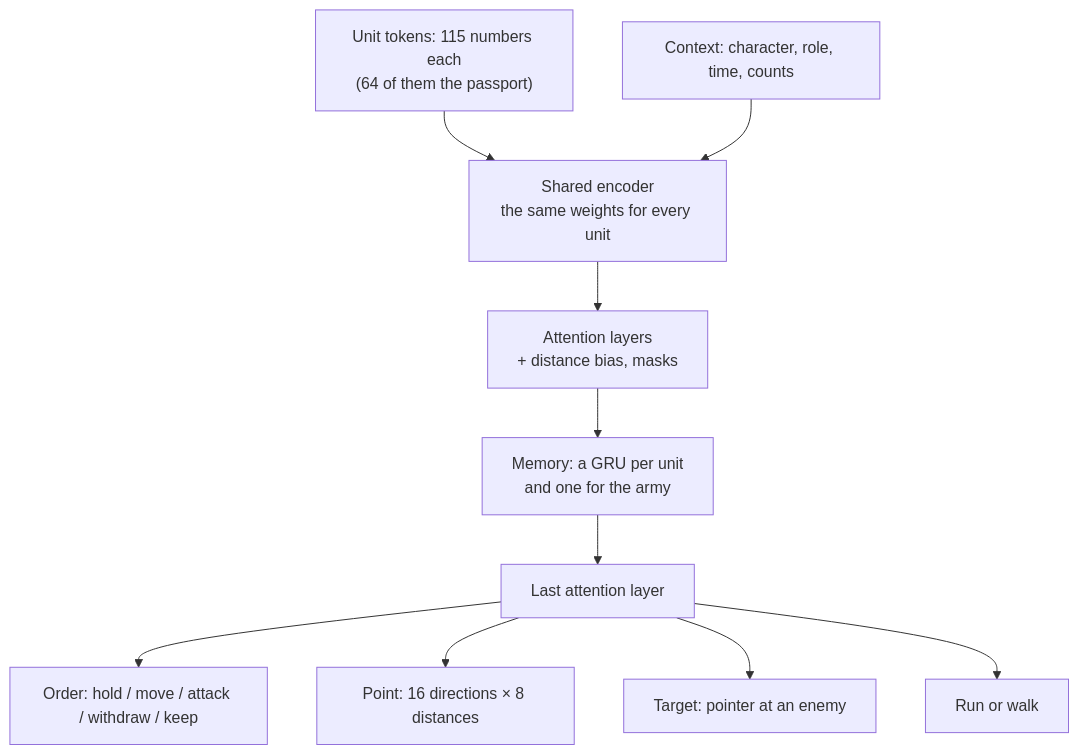
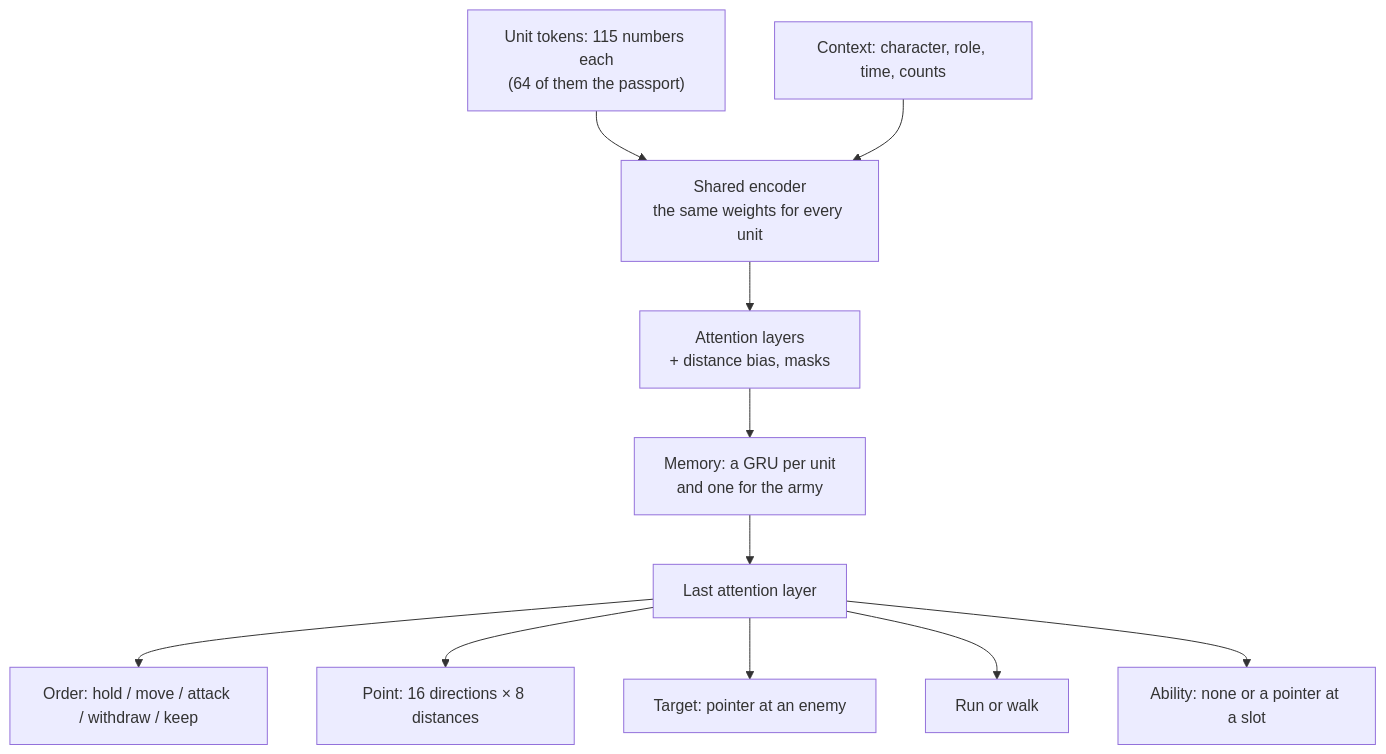
One commit to DimaZero7/TWW3-batle-ai changed the second of 2 diagrams in docs/en/training/model.md. Above: the diagram before and after it, drawn with Mermaid. The commit also changed other lines of this file and 73 other files, not shown here.

````diff
--- a/docs/en/training/model.md
+++ b/docs/en/training/model.md
@@ -84,12 +112,13 @@
 ```mermaid
 flowchart TB
   tok["Unit tokens: 115 numbers each<br/>(64 of them the passport)"] --> enc["Shared encoder<br/>the same weights for every unit"]
   ctx["Context: character, role, time, counts"] --> enc
   enc --> att["Attention layers<br/>+ distance bias, masks"]
   att --> gru["Memory: a GRU per unit<br/>and one for the army"]
   gru --> last["Last attention layer"]
   last --> kind["Order: hold / move / attack / withdraw / keep"]
   last --> point["Point: 16 directions × 8 distances"]
   last --> ptr["Target: pointer at an enemy"]
   last --> run["Run or walk"]
+  last --> abil["Ability: none or a pointer at a slot"]
 ```
````
